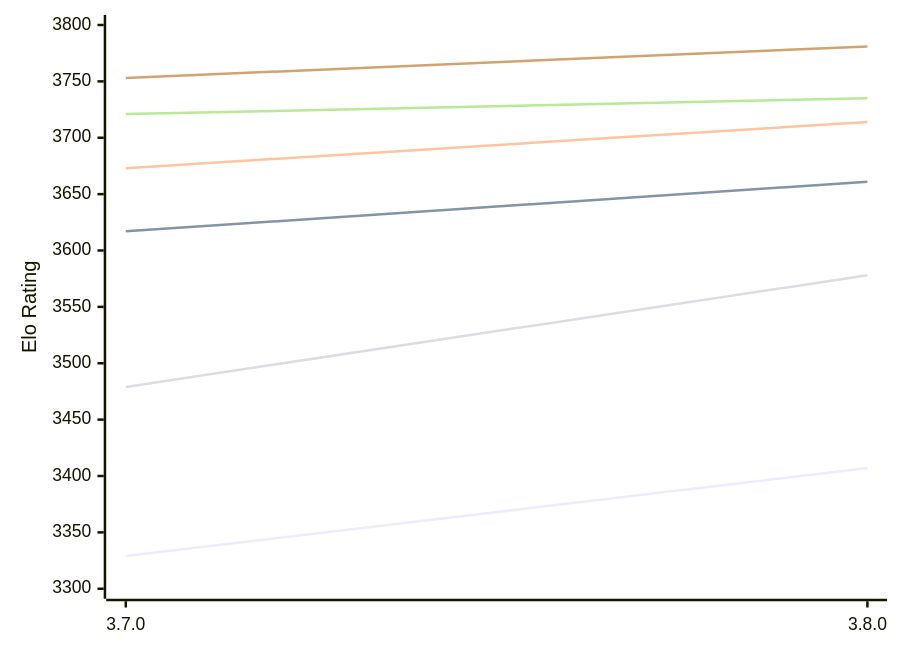
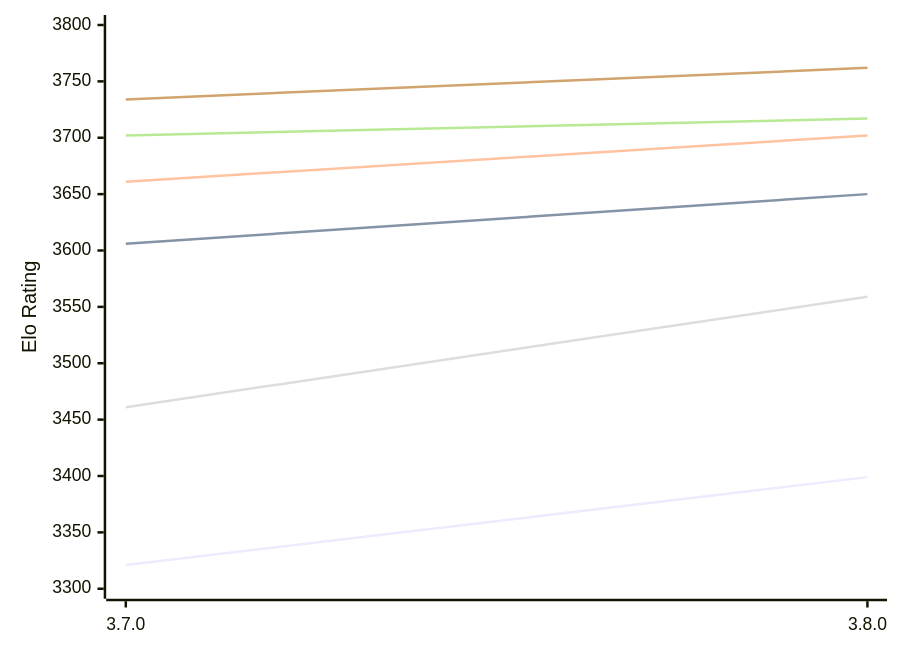
The first of 2 diagrams in engines/Igel.md (computer-chess-index/cci), drawn with Mermaid before and after one commit. The commit also changed other lines of this file, not shown here.

Commit message:
Update CCI Ratings (ELO VLTC) - 2026-11-02

````diff
--- a/engines/Igel.md
+++ b/engines/Igel.md
@@ -51,12 +51,12 @@
 ```mermaid
 %%{init: {"theme":"base","themeVariables":{"seriesColors:['#a3a3a3','#222221','#faa371']}}}%%
 xychart-beta
   x-axis ["3.7.0", "3.8.0"]
   y-axis "Elo Rating" 3300 --> 3800
-  line "E1: STC (8.0+0.08s)" [3329, 3407]
-  line "E1: LTC (60.0+0.60s)" [3617, 3661]
-  line "E1: VLTC (2m24s+1.12s)" [3673, 3714]
-  line "P1: STC (8.0+0.08s)" [3479, 3578]
-  line "P1: LTC (60.0+0.60s)" [3721, 3735]
-  line "P1: VLTC (2m24s+1.12s)" [3753, 3781]
+  line "E1: STC (8.0+0.08s)" [3321, 3399]
+  line "E1: LTC (60.0+0.60s)" [3606, 3650]
+  line "E1: VLTC (2m24s+1.12s)" [3661, 3702]
+  line "P1: STC (8.0+0.08s)" [3461, 3559]
+  line "P1: LTC (60.0+0.60s)" [3702, 3717]
+  line "P1: VLTC (2m24s+1.12s)" [3734, 3762]
 ```
````
